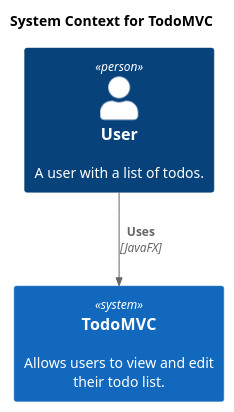
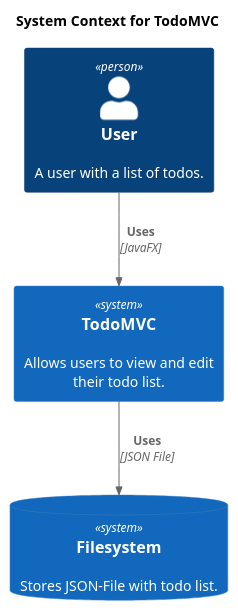
One commit to falkoschumann/todomvc-java8 changed the diagram in doc/SystemContextView.puml. Above: the diagram before and after it, drawn with PlantUML. The commit also changed 4 other files, not shown here.

```diff
--- a/doc/SystemContextView.puml
+++ b/doc/SystemContextView.puml
@@ -1,10 +1,12 @@
 @startuml
 !includeurl https://raw.githubusercontent.com/RicardoNiepel/C4-PlantUML/release/1-0/C4_Context.puml
 
 title System Context for TodoMVC
 
 Person(user, "User", "A user with a list of todos.")
 System(todomvc, "TodoMVC", "Allows users to view and edit their todo list.")
+SystemDb(filesystem, "Filesystem", "Stores JSON-File with todo list.")
 
 Rel(user, todomvc, "Uses", "JavaFX")
+Rel(todomvc, filesystem, "Uses", "JSON File")
 @enduml
```
